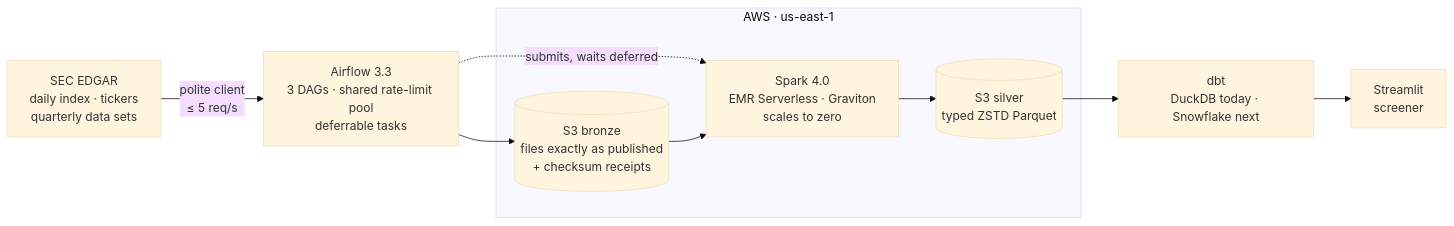
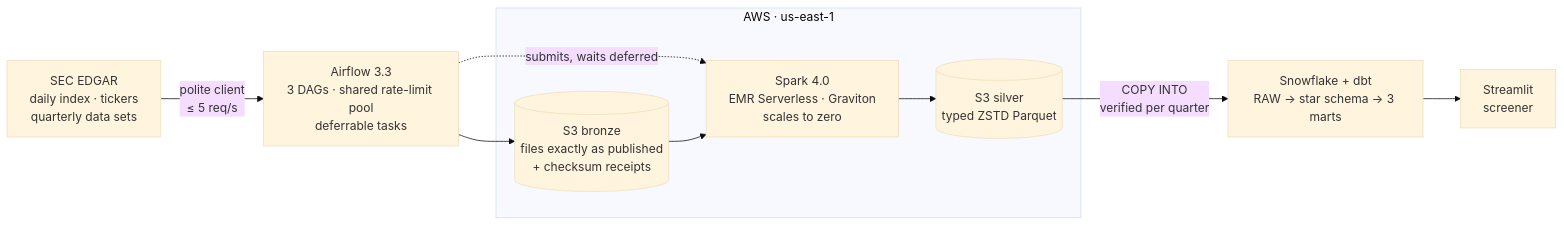
One commit to DiegoFranGarcia/Earnings-Watch changed the diagram in README.md. Above: the diagram before and after it, drawn with Mermaid (base theme). The commit also changed other lines of this file and 15 other files, not shown here.

````diff
--- a/README.md
+++ b/README.md
@@ -33,15 +34,15 @@
 ```mermaid
 flowchart LR
     SEC["SEC EDGAR<br/>daily index · tickers<br/>quarterly data sets"]
     AF["Airflow 3.3<br/>3 DAGs · shared rate-limit pool<br/>deferrable tasks"]
     subgraph AWS["AWS · us-east-1"]
         BR[("S3 bronze<br/>files exactly as published<br/>+ checksum receipts")]
         EMR["Spark 4.0<br/>EMR Serverless · Graviton<br/>scales to zero"]
         SI[("S3 silver<br/>typed ZSTD Parquet")]
     end
-    DBT["dbt<br/>DuckDB today · Snowflake next"]
+    DBT["Snowflake + dbt<br/>RAW → star schema → 3 marts"]
     ST["Streamlit<br/>screener"]
     SEC -->|"polite client<br/>≤ 5 req/s"| AF --> BR
     AF -. "submits, waits deferred" .-> EMR
-    BR --> EMR --> SI --> DBT --> ST
+    BR --> EMR --> SI -->|"COPY INTO<br/>verified per quarter"| DBT --> ST
 ```
````
